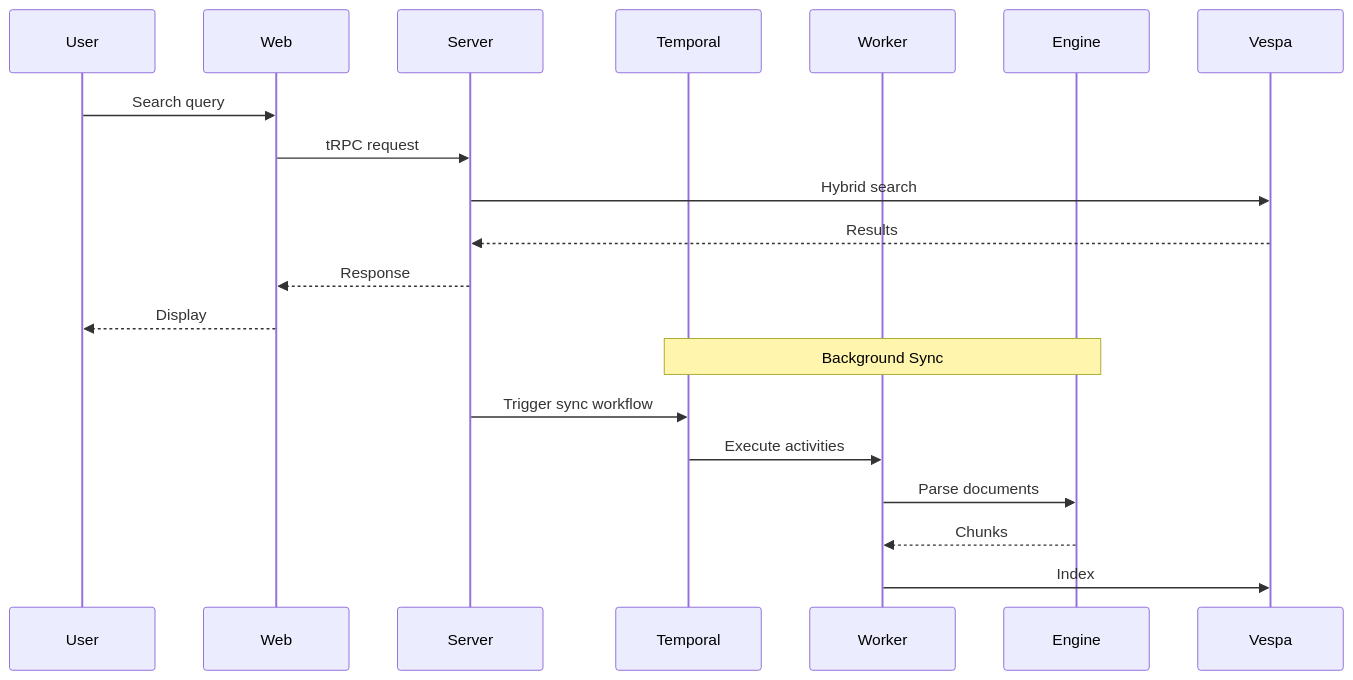
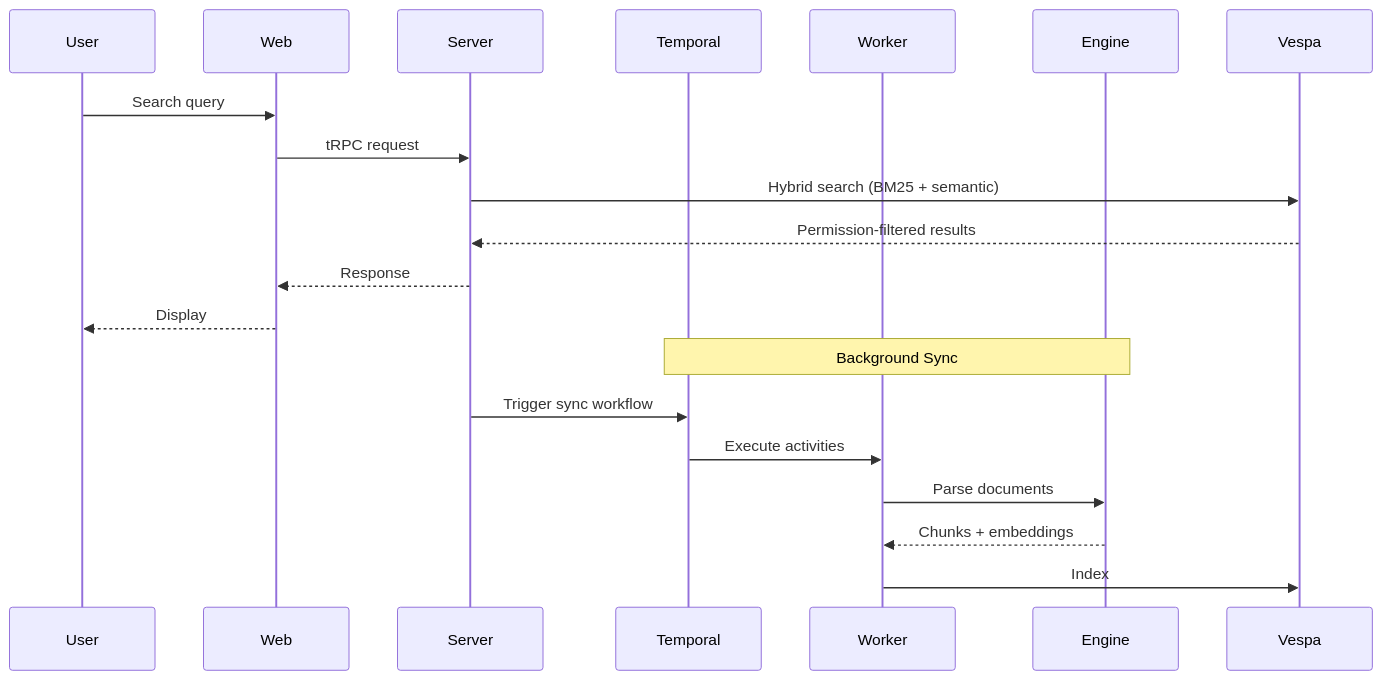
One commit to kuluruvineeth/openbeam changed the second of 2 diagrams in apps/docs/content/docs/index.mdx. Above: the diagram before and after it, drawn with Mermaid. The commit also changed other lines of this file and 4 other files, not shown here.

````diff
--- a/apps/docs/content/docs/index.mdx
+++ b/apps/docs/content/docs/index.mdx
@@ -90,24 +109,24 @@
 ```mermaid
 sequenceDiagram
     participant U as User
     participant W as Web
     participant S as Server
     participant T as Temporal
     participant P as Worker
     participant E as Engine
     participant V as Vespa
 
     U->>W: Search query
     W->>S: tRPC request
-    S->>V: Hybrid search
-    V-->>S: Results
+    S->>V: Hybrid search (BM25 + semantic)
+    V-->>S: Permission-filtered results
     S-->>W: Response
     W-->>U: Display
 
     Note over T,E: Background Sync
     S->>T: Trigger sync workflow
     T->>P: Execute activities
     P->>E: Parse documents
-    E-->>P: Chunks
+    E-->>P: Chunks + embeddings
     P->>V: Index
 ```
````
